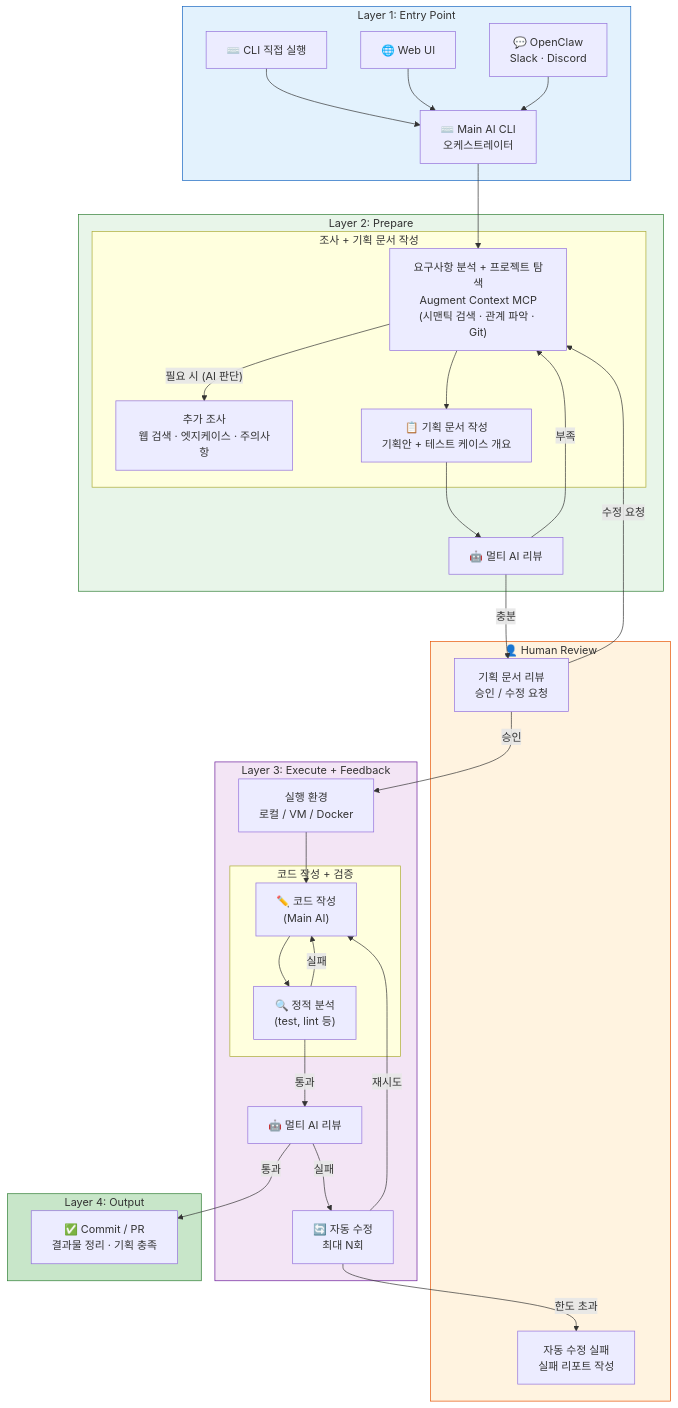
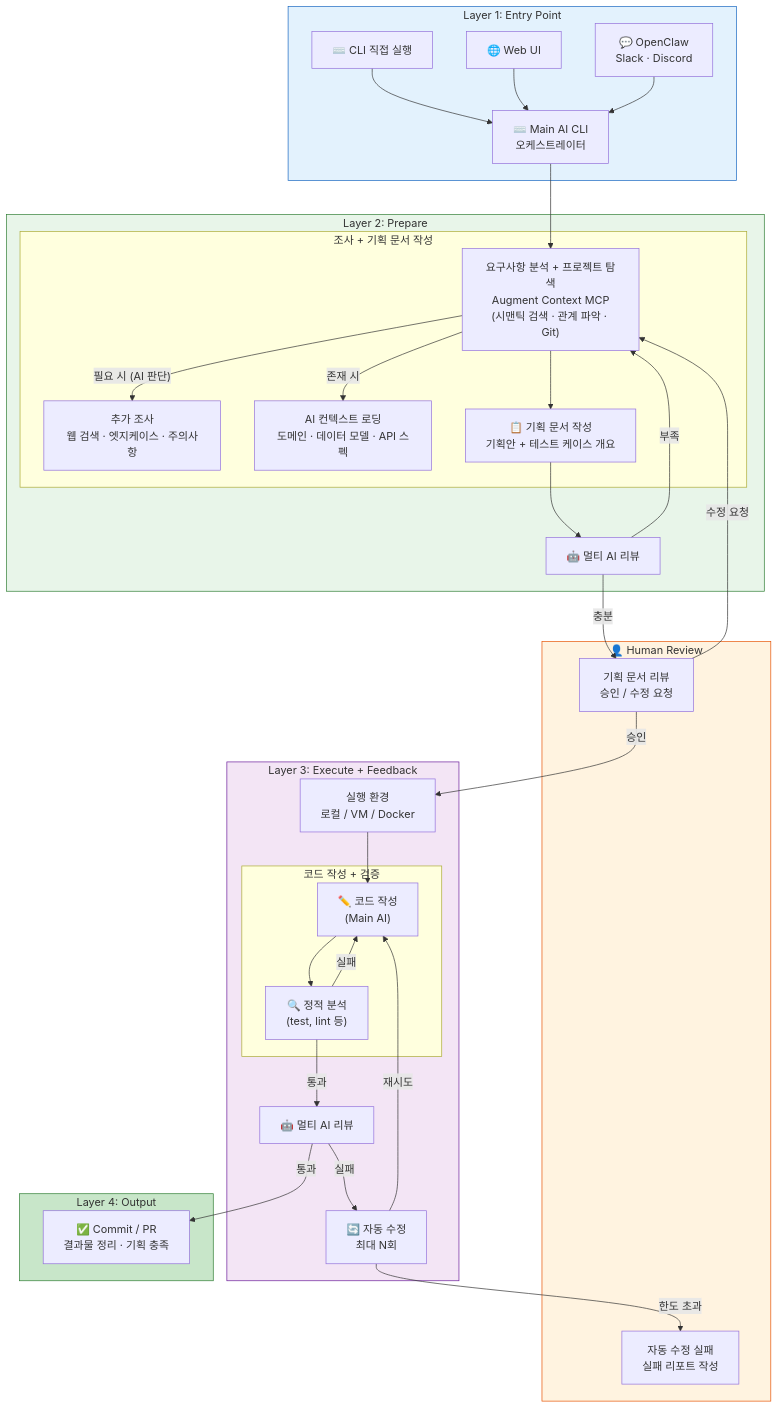
Before and after one commit to kimchanhyung98/agentic-workflows: the first of 3 diagrams in docs/_draft/dev-automation/00-diagram.md, drawn with Mermaid. The commit also changed 1 other file, not shown here.

Commit message:
docs(dev-automation): add AI context loading step to workflow
Introduce an optional "AI 컨텍스트 로딩" step in the dev-automation docs: add a CTX node to the diagram (00-diagram.md) and a new section in 01-detail.md describing loading prestructured AI context (domain overview, data model, API/event specs). Update planning checklist to include an AI context summary when present and note benefits (improved search accuracy and token efficiency). Also add an external link to a Claude AI workflow reference.

````diff
--- a/docs/_draft/dev-automation/00-diagram.md
+++ b/docs/_draft/dev-automation/00-diagram.md
@@ -5,58 +5,60 @@
 ```mermaid
 graph TB
     subgraph L1["Layer 1: Entry Point"]
         EP1["⌨️ CLI 직접 실행"]
         EP2["🌐 Web UI"]
         EP3["💬 OpenClaw<br/>Slack · Discord"]
         AI["⌨️ Main AI CLI<br/>오케스트레이터"]
     end
 
     subgraph L2["Layer 2: Prepare"]
         subgraph PLAN_DRAFT["조사 + 기획 문서 작성"]
             CC1["요구사항 분석 + 프로젝트 탐색<br/>Augment Context MCP<br/>(시맨틱 검색 · 관계 파악 · Git)"]
             CC2["추가 조사<br/>웹 검색 · 엣지케이스 · 주의사항"]
+            CTX["AI 컨텍스트 로딩<br/>도메인 · 데이터 모델 · API 스펙"]
             PLAN["📋 기획 문서 작성<br/>기획안 + 테스트 케이스 개요"]
         end
         PLAN_REVIEW["🤖 멀티 AI 리뷰"]
     end
 
     subgraph LR["👤 Human Review"]
         HR1["기획 문서 리뷰<br/>승인 / 수정 요청"]
         HR2["자동 수정 실패<br/>실패 리포트 작성"]
     end
 
     subgraph L3["Layer 3: Execute + Feedback"]
         ENV["실행 환경<br/>로컬 / VM / Docker"]
         subgraph CODE_GATE["코드 작성 + 검증"]
             WRITE["✏️ 코드 작성<br/>(Main AI)"]
             LINT["🔍 정적 분석<br/>(test, lint 등)"]
         end
         MULTI_REVIEW["🤖 멀티 AI 리뷰"]
         RETRY["🔄 자동 수정<br/>최대 N회"]
     end
 
     subgraph L4["Layer 4: Output"]
         PR["✅ Commit / PR<br/>결과물 정리 · 기획 충족"]
     end
 
     EP1 & EP2 & EP3 --> AI
     AI --> CC1
     CC1 -->|" 필요 시 (AI 판단) "| CC2
+    CC1 -->|" 존재 시 "| CTX
     CC1 --> PLAN
     PLAN --> PLAN_REVIEW
     PLAN_REVIEW -->|" 부족 "| CC1
     PLAN_REVIEW -->|" 충분 "| HR1
     HR1 -->|" 수정 요청 "| CC1
     HR1 -->|" 승인 "| ENV
     ENV --> WRITE --> LINT
     LINT -->|" 실패 "| WRITE
     LINT -->|" 통과 "| MULTI_REVIEW
     MULTI_REVIEW -->|" 실패 "| RETRY -->|" 재시도 "| WRITE
     MULTI_REVIEW -->|" 통과 "| PR
     RETRY -->|" 한도 초과 "| HR2
     style L1 fill: #e3f2fd, stroke: #1565C0
     style L2 fill: #e8f5e9, stroke: #2E7D32
     style LR fill: #fff3e0, stroke: #E65100
     style L3 fill: #f3e5f5, stroke: #6A1B9A
     style L4 fill: #c8e6c9, stroke: #2E7D32
 ```
````
